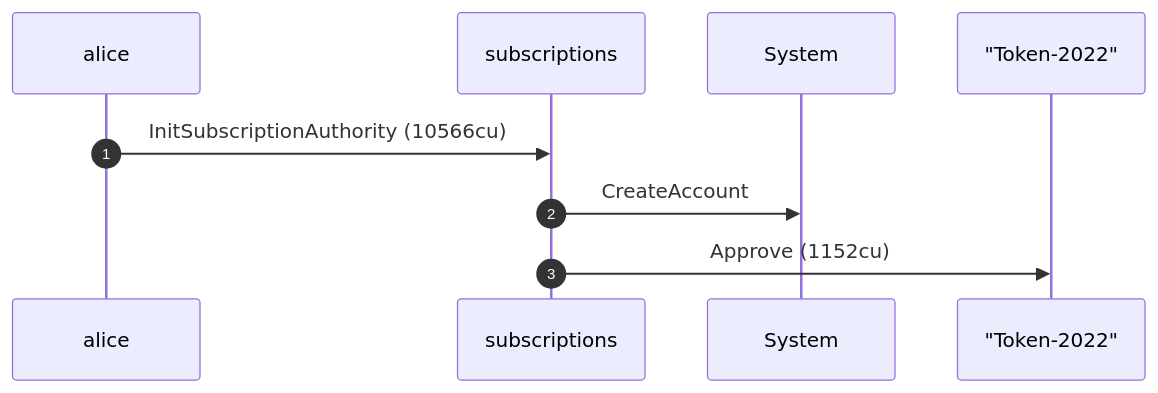
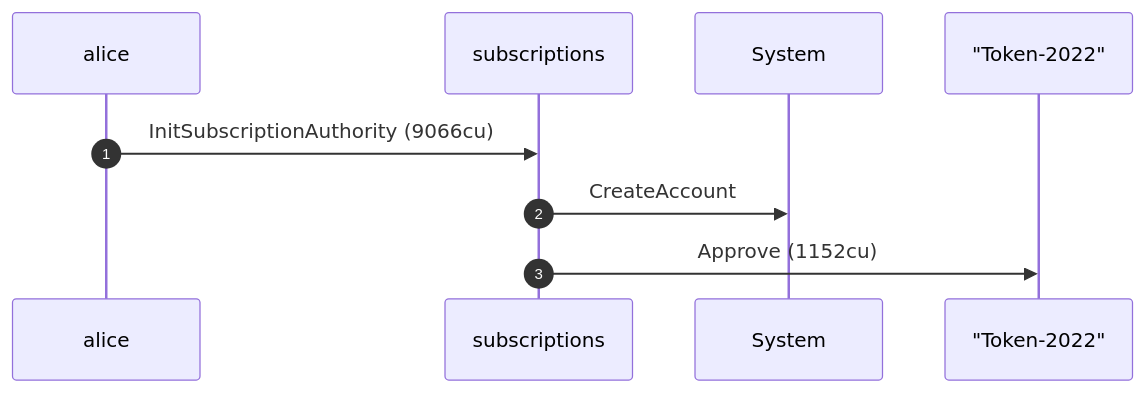
One commit to cds-rs/subscriptions changed the first of 4 diagrams in dsl_tests/initialize-over-a-token-2022-mint---transferfeeconfig--transferhook--.md. Above: the diagram before and after it, drawn with Mermaid. The commit also changed other lines of this file and 224 other files, not shown here.

````diff
--- a/dsl_tests/initialize-over-a-token-2022-mint---transferfeeconfig--transferhook--.md
+++ b/dsl_tests/initialize-over-a-token-2022-mint---transferfeeconfig--transferhook--.md
@@ -24,11 +25,11 @@
 ```mermaid
 sequenceDiagram
     autonumber
     participant alice
     participant subscriptions
     participant System
     participant Token_2022 as "Token-2022"
-    alice ->> subscriptions: InitSubscriptionAuthority (10566cu)
+    alice ->> subscriptions: InitSubscriptionAuthority (9066cu)
     subscriptions ->> System: CreateAccount
     subscriptions ->> Token_2022: Approve (1152cu)
 ```
````
